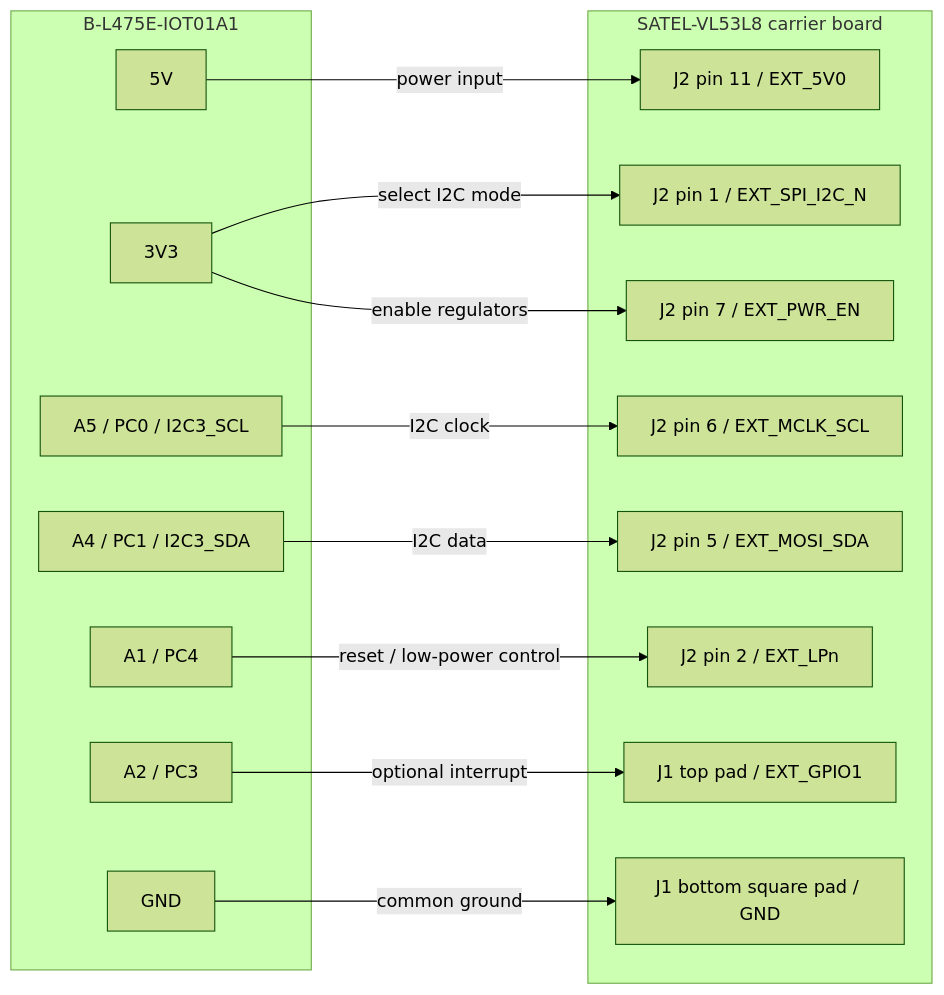
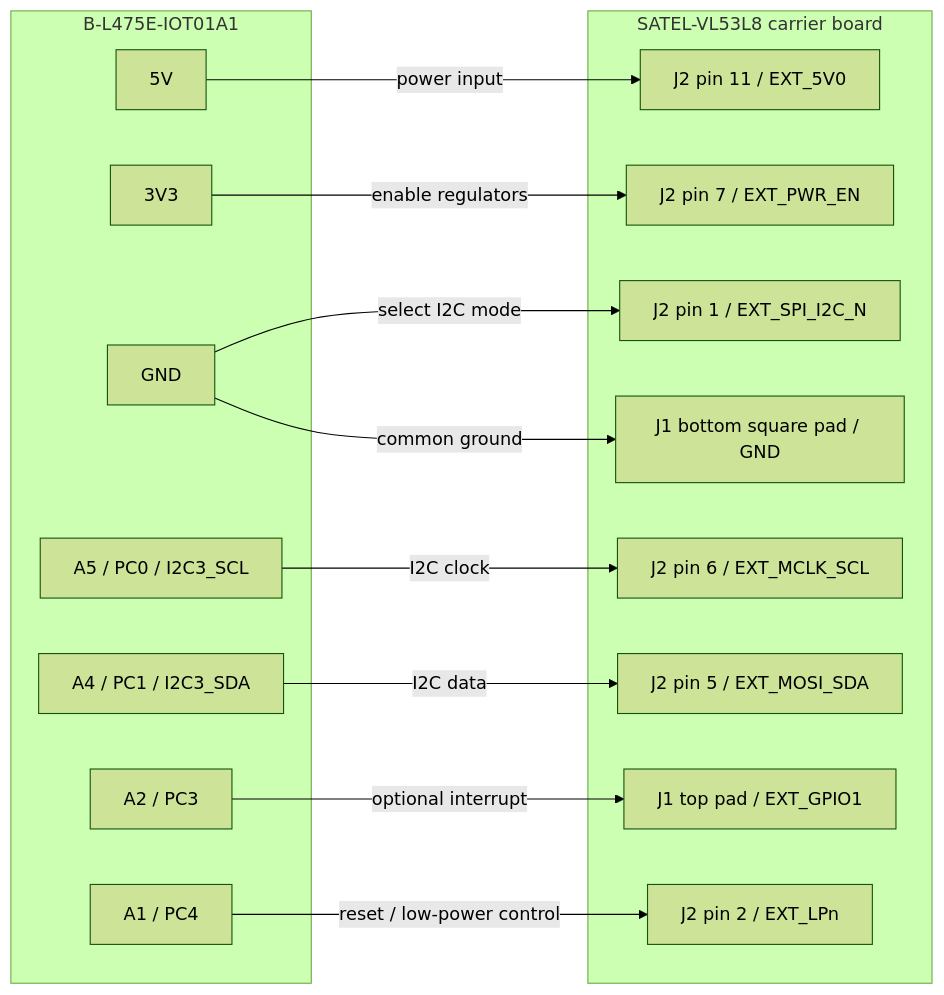
The first of 2 diagrams in firmware/stm32-mcp/docs/dev/10-vl53l8-satel-bringup.md (JuneJulyAugust/openotter), drawn with Mermaid (forest theme) before and after one commit. The commit also changed other lines of this file and 25 other files, not shown here.

````diff
--- a/firmware/stm32-mcp/docs/dev/10-vl53l8-satel-bringup.md
+++ b/firmware/stm32-mcp/docs/dev/10-vl53l8-satel-bringup.md
@@ -159,32 +164,32 @@
 ```mermaid
 flowchart LR
     subgraph IOT["B-L475E-IOT01A1"]
         I5V["5V"]
         I3V3["3V3"]
         IGND["GND"]
         IA5["A5 / PC0 / I2C3_SCL"]
         IA4["A4 / PC1 / I2C3_SDA"]
         IA2["A2 / PC3"]
         IA1["A1 / PC4"]
     end
 
     subgraph SATEL["SATEL-VL53L8 carrier board"]
         P11["J2 pin 11 / EXT_5V0"]
         P1["J2 pin 1 / EXT_SPI_I2C_N"]
         P7["J2 pin 7 / EXT_PWR_EN"]
         P6["J2 pin 6 / EXT_MCLK_SCL"]
         P5["J2 pin 5 / EXT_MOSI_SDA"]
         P2["J2 pin 2 / EXT_LPn"]
         J1TOP["J1 top pad / EXT_GPIO1"]
         J1GND["J1 bottom square pad / GND"]
     end
 
     I5V -->|"power input"| P11
-    I3V3 -->|"select I2C mode"| P1
+    IGND -->|"select I2C mode"| P1
     I3V3 -->|"enable regulators"| P7
     IA5 -->|"I2C clock"| P6
     IA4 -->|"I2C data"| P5
     IA1 -->|"reset / low-power control"| P2
     IA2 -->|"optional interrupt"| J1TOP
     IGND -->|"common ground"| J1GND
 ```
````
